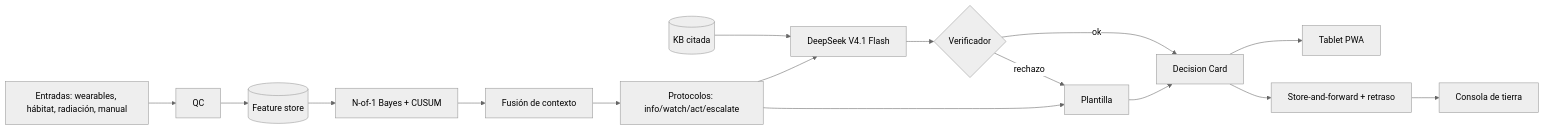
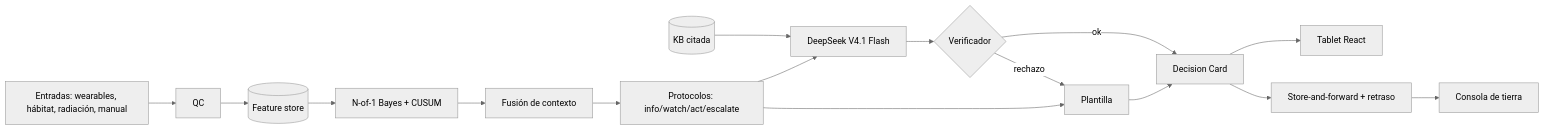
The diagram in vault/03-Architecture/Arquitectura general.md (juanitogit/LIGHTMINUTE), drawn with Mermaid (neutral theme) before and after one commit. The commit also changed other lines of this file and 117 other files, not shown here.

````diff
--- a/vault/03-Architecture/Arquitectura general.md
+++ b/vault/03-Architecture/Arquitectura general.md
@@ -8,11 +8,11 @@
 ```mermaid
 flowchart LR
   I[Entradas: wearables, hábitat, radiación, manual] --> Q[QC] --> F[(Feature store)] --> B[N-of-1 Bayes + CUSUM] --> X[Fusión de contexto] --> P[Protocolos: info/watch/act/escalate]
   K[(KB citada)] --> L[DeepSeek V4.1 Flash] --> V{Verificador}
   P --> L
   V -->|ok| C[Decision Card]
   V -->|rechazo| T[Plantilla]
   P --> T --> C
-  C --> U[Tablet PWA] 
+  C --> U[Tablet React]
   C --> S[Store-and-forward + retraso] --> G[Consola de tierra]
 ```
````
